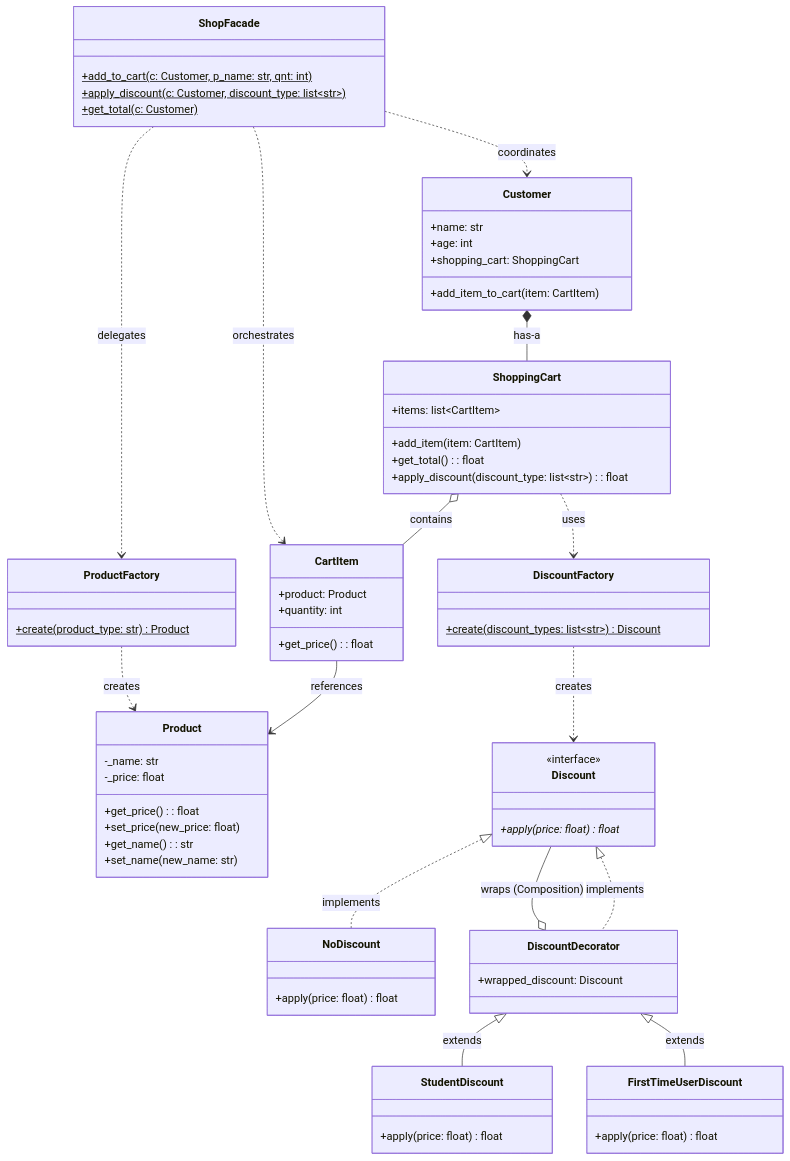
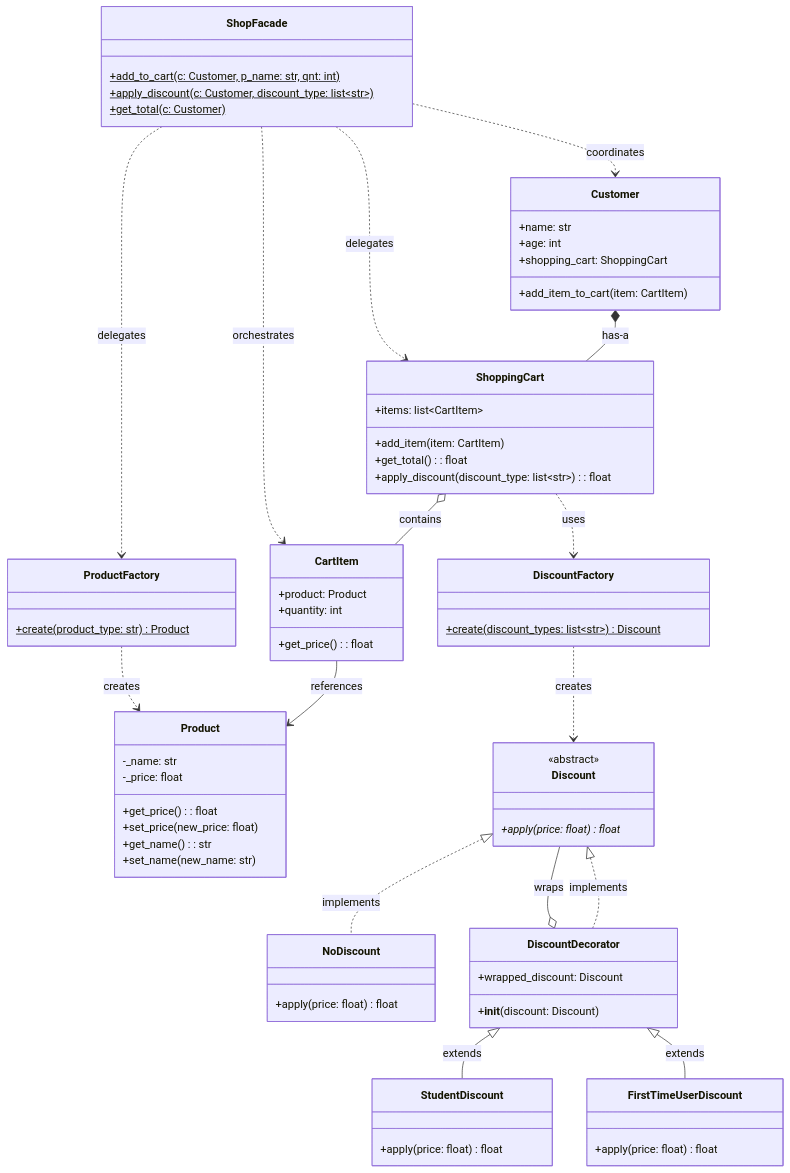
One commit to t-magham/Design_Patterns_assign changed the third of 3 diagrams in PATTERNS.md. Above: the diagram before and after it, drawn with Mermaid.

Commit message:
fix some errors in the UML diagram

````diff
--- a/PATTERNS.md
+++ b/PATTERNS.md
@@ -137,7 +137,7 @@
     }
 
     class Discount {
-        <<interface>>
+        <<abstract>>
         +apply(price: float)* float
     }
     
@@ -147,6 +147,7 @@
 
     class DiscountDecorator {
         +wrapped_discount: Discount
+        +__init__(discount: Discount)
     }
     
     class StudentDiscount {
@@ -179,7 +180,7 @@
     %% Decorator Pattern Relationships (Structural)
     Discount <|.. NoDiscount : implements
     Discount <|.. DiscountDecorator : implements
-    DiscountDecorator o-- Discount : wraps (Composition)
+    DiscountDecorator o-- Discount : wraps
     DiscountDecorator <|-- StudentDiscount : extends
     DiscountDecorator <|-- FirstTimeUserDiscount : extends
     
@@ -192,4 +193,5 @@
     ShopFacade ..> Customer : coordinates
     ShopFacade ..> ProductFactory : delegates
     ShopFacade ..> CartItem : orchestrates
+    ShopFacade ..> ShoppingCart : delegates
 ```
````
